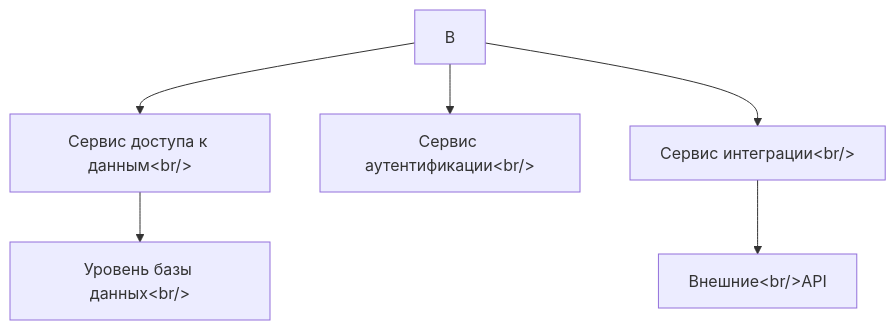
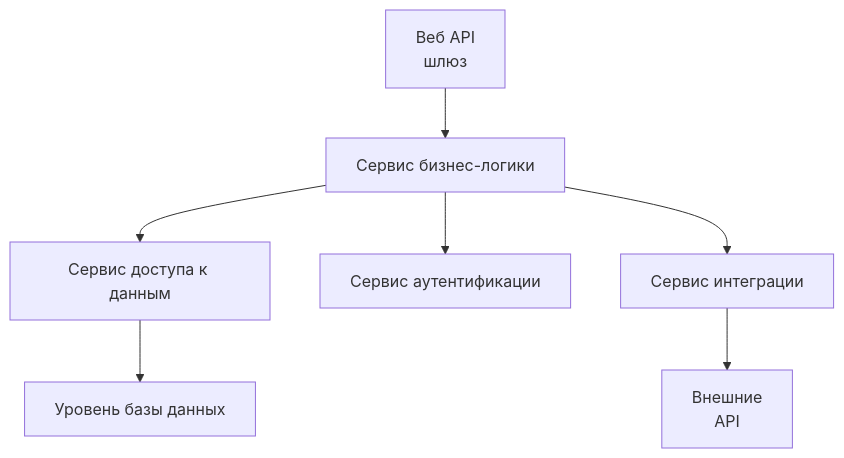
The first of 2 diagrams in sysdesign-website/docs/2_architectural_patterns/strategic_ddd_ru.md (razkevich/system_design_course), drawn with Mermaid before and after one commit. The commit also changed other lines of this file, not shown here.

````diff
--- a/sysdesign-website/docs/2_architectural_patterns/strategic_ddd_ru.md
+++ b/sysdesign-website/docs/2_architectural_patterns/strategic_ddd_ru.md
@@ -15,8 +17,9 @@
-``` mermaid
+```mermaid
 graph TD
-B --> C[Сервис доступа к данным&lt;br/>]
-C --> D[Уровень базы данных&lt;br/>]
-B --> E[Сервис аутентификации&lt;br/>]
-B --> G[Сервис интеграции&lt;br/>]
-G --> H[Внешние&lt;br/>API]
+    A[Веб API<br/>шлюз] --> B[Сервис бизнес-логики<br/>]
+    B --> C[Сервис доступа к данным<br/>]
+    C --> D[Уровень базы данных<br/>]
+    B --> E[Сервис аутентификации<br/>]
+    B --> G[Сервис интеграции<br/>]
+    G --> H[Внешние<br/>API]
 ```
````
